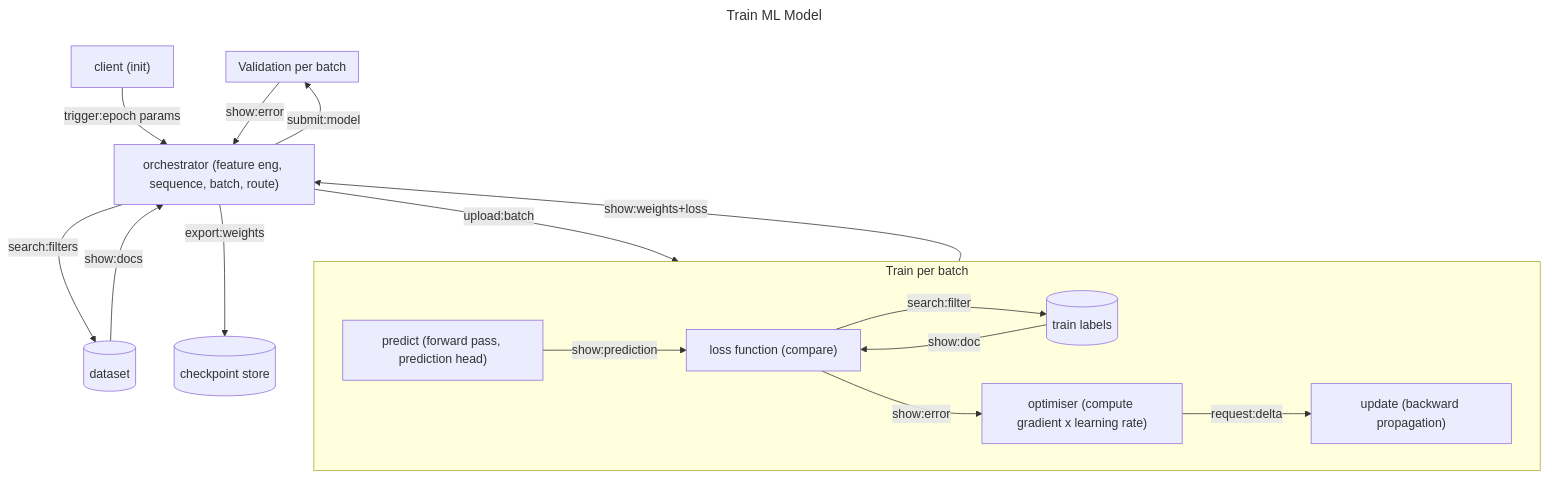
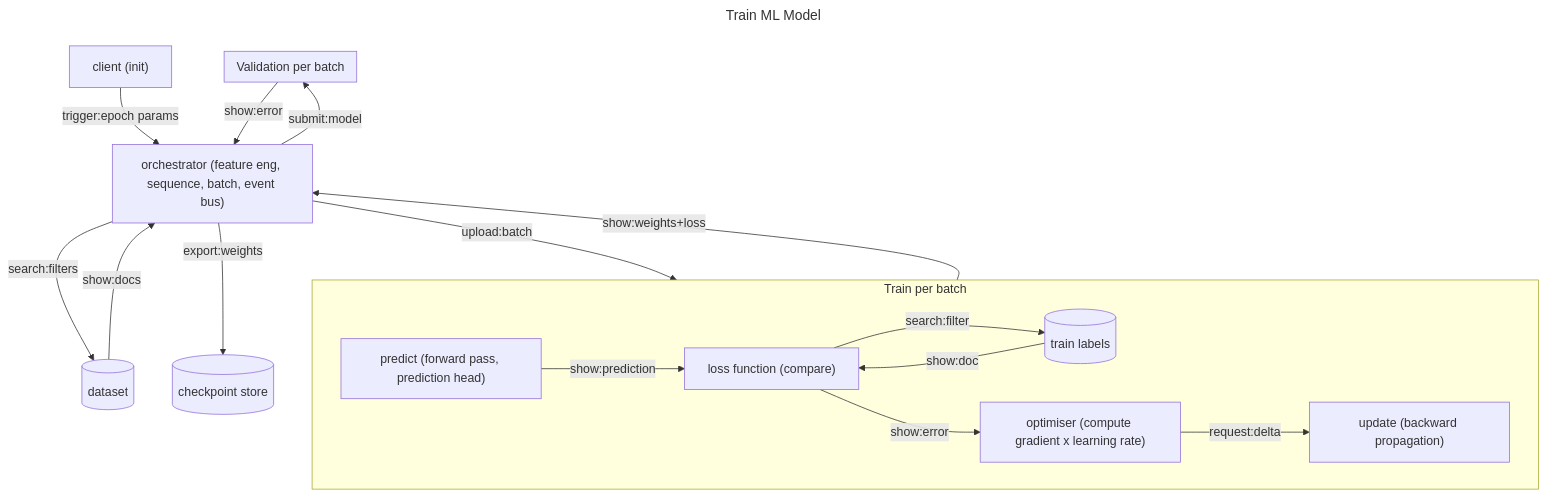
One commit to ptbdnr/ptbdnr changed the fifth of 7 diagrams in ml_sys_design.md. Above: the diagram before and after it, drawn with Mermaid. The commit also changed other lines of this file, not shown here.

````diff
--- a/ml_sys_design.md
+++ b/ml_sys_design.md
@@ -237,24 +237,24 @@
 ```mermaid
 ---
 title: Train ML Model
 ---
 flowchart TD
-    orch["orchestrator (feature eng, sequence, batch, route)"]
+    orch["orchestrator (feature eng, sequence, batch, event bus)"]
 
     client["client (init)"] --trigger:epoch params--> orch 
     orch --search:filters--> db[("dataset")] --show:docs--> orch 
     orch --upload:batch--> batch_train --show:weights+loss--> orch
     orch --submit:model--> valid --show:error--> orch
     orch --export:weights--> mdb[("checkpoint store")]
 
     subgraph batch_train["Train per batch"]
         loss["loss function (compare)"]
         
         predict["predict (forward pass, prediction head)"] --show:prediction--> loss
         loss --search:filter--> tdb[("train labels")] --show:doc--> loss
         loss --show:error--> opt["optimiser (compute gradient x learning rate)"] --request:delta--> fit["update (backward propagation)"]
     end 
 
     subgraph valid["Validation per batch"]
     end
 ```
````
